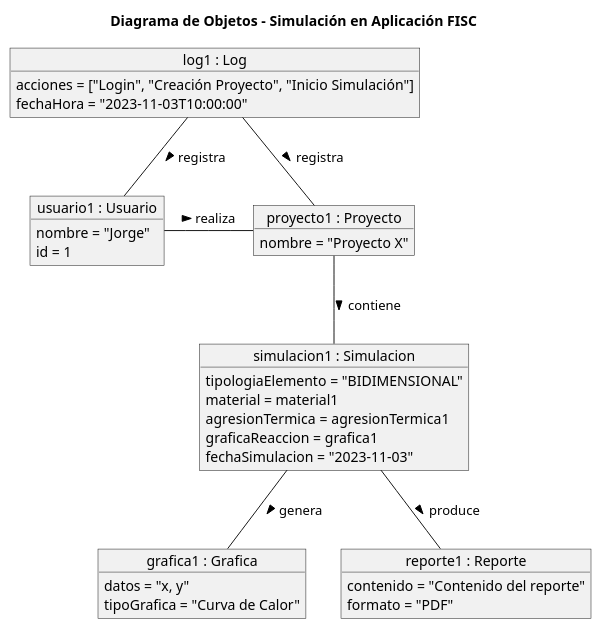
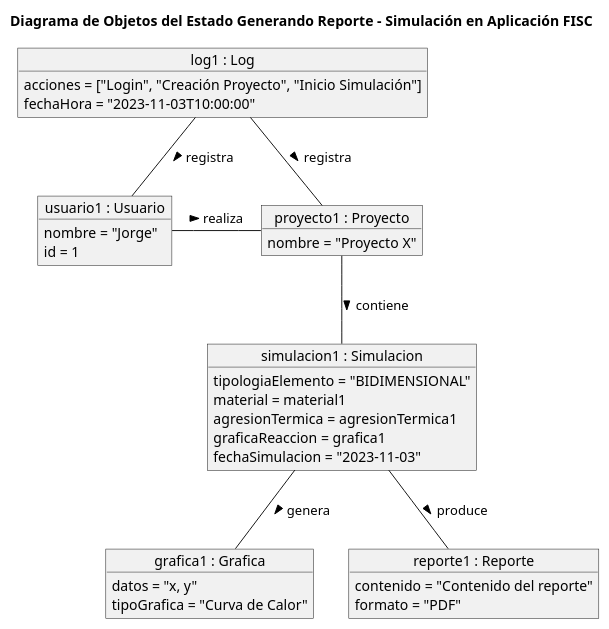
The diagram in modelosUML/diagramaObjetos.puml (mmasias/23-24-IdSw1-SDR), drawn with PlantUML before and after one commit.

Commit message:
update diagramaObjetos

```diff
--- a/modelosUML/diagramaObjetos.puml
+++ b/modelosUML/diagramaObjetos.puml
@@ -1,44 +1,44 @@
 @startuml
 
-title Diagrama de Objetos - Simulación en Aplicación FISC
+title Diagrama de Objetos del Estado Generando Reporte - Simulación en Aplicación FISC
 
 object "usuario1 : Usuario" as usuario1 {
     nombre = "Jorge"
     id = 1
 }
 
 object "proyecto1 : Proyecto" as proyecto1 {
     nombre = "Proyecto X"
 }
 
 object "simulacion1 : Simulacion" as simulacion1 {
     tipologiaElemento = "BIDIMENSIONAL"
     material = material1
     agresionTermica = agresionTermica1
     graficaReaccion = grafica1
     fechaSimulacion = "2023-11-03"
 }
 
 object "grafica1 : Grafica" as grafica1 {
     datos = "x, y"
     tipoGrafica = "Curva de Calor"
 }
 
 object "log1 : Log" as log1 {
     acciones = ["Login", "Creación Proyecto", "Inicio Simulación"]
     fechaHora = "2023-11-03T10:00:00"
 }
 
 object "reporte1 : Reporte" as reporte1 {
     contenido = "Contenido del reporte"
     formato = "PDF"
 }
 
 usuario1 - proyecto1 : "realiza >"
 proyecto1 -- simulacion1 : "contiene >"
 simulacion1 -- grafica1 : "genera >"
 simulacion1 -- reporte1 : "produce >"
 log1 -- usuario1: "registra >"
 log1 -- proyecto1 : "registra >"
 
 @enduml
```
